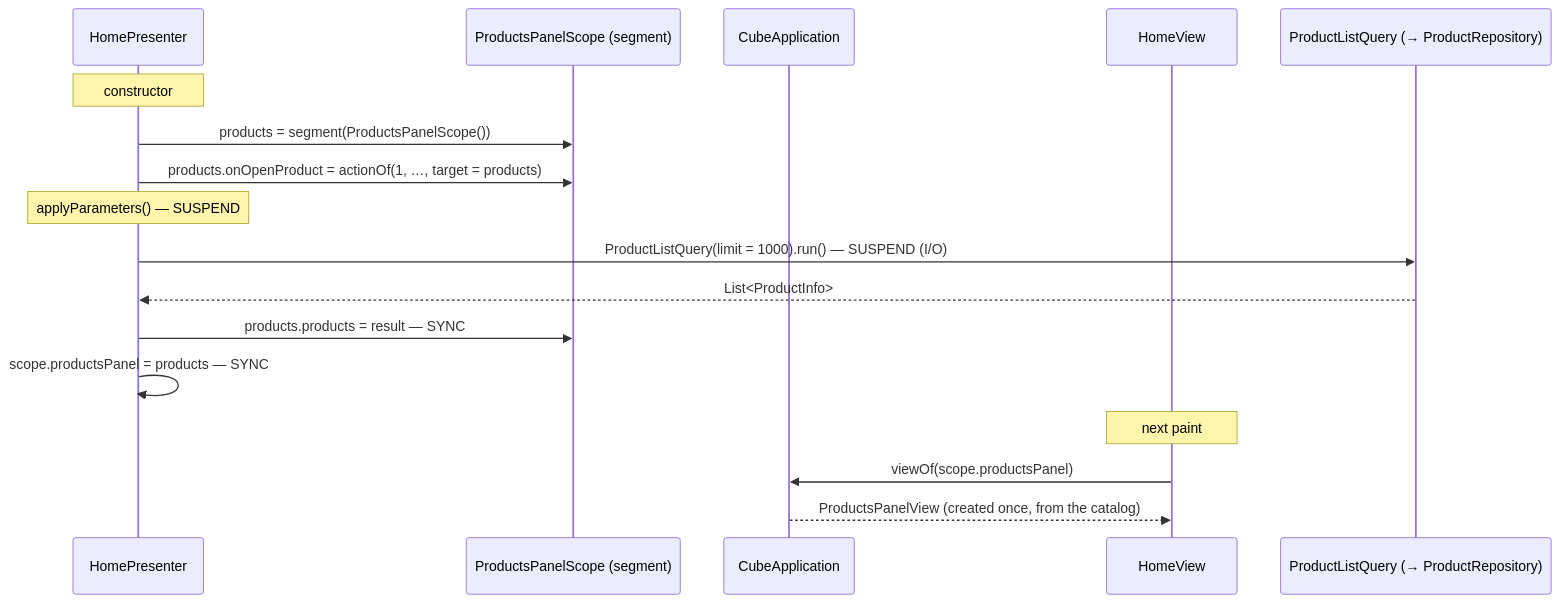
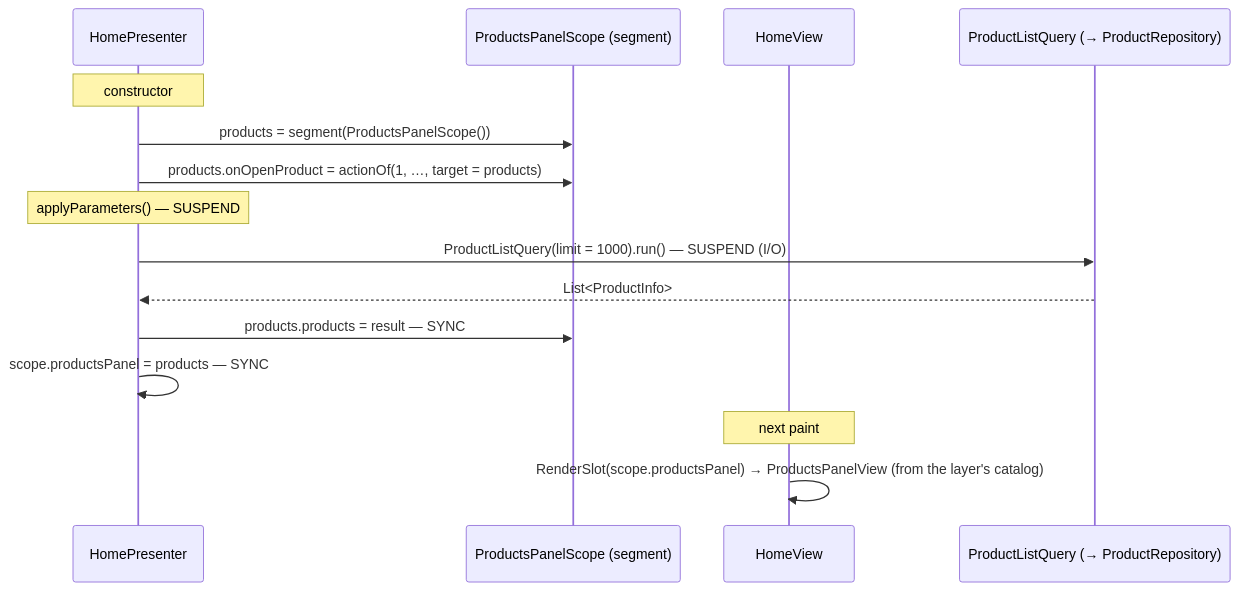
Diagram 15 of 19 in docs/architecture-cube.md (mrcdom/wdc-cube-kotlin), drawn with Mermaid before and after one commit. The commit also changed other lines of this file and 9 other files, not shown here.

Commit message:
docs: views as functions of the scope, and the layer's registry

````diff
--- a/docs/architecture-cube.md
+++ b/docs/architecture-cube.md
@@ -994,22 +992,20 @@
 ```mermaid
 sequenceDiagram
     participant Home as HomePresenter
     participant Seg as ProductsPanelScope (segment)
-    participant App as CubeApplication
     participant View as HomeView
     participant Repo as ProductListQuery (→ ProductRepository)
 
     Note over Home: constructor
     Home->>Seg: products = segment(ProductsPanelScope())
     Home->>Seg: products.onOpenProduct = actionOf(1, …, target = products)
 
     Note over Home: applyParameters() — SUSPEND
     Home->>Repo: ProductListQuery(limit = 1000).run() — SUSPEND (I/O)
     Repo-->>Home: List<ProductInfo>
     Home->>Seg: products.products = result — SYNC
     Home->>Home: scope.productsPanel = products — SYNC
 
     Note over View: next paint
-    View->>App: viewOf(scope.productsPanel)
-    App-->>View: ProductsPanelView (created once, from the catalog)
+    View->>View: RenderSlot(scope.productsPanel) → ProductsPanelView (from the layer's catalog)
 ```
````
